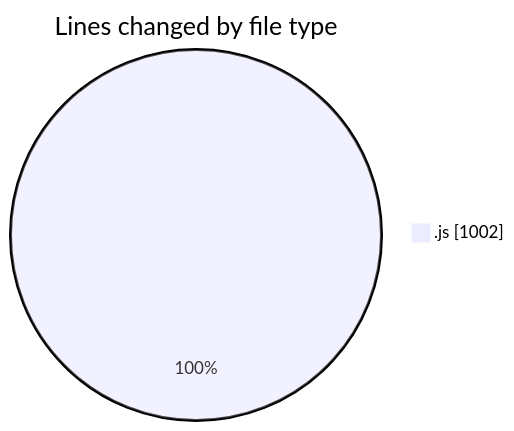
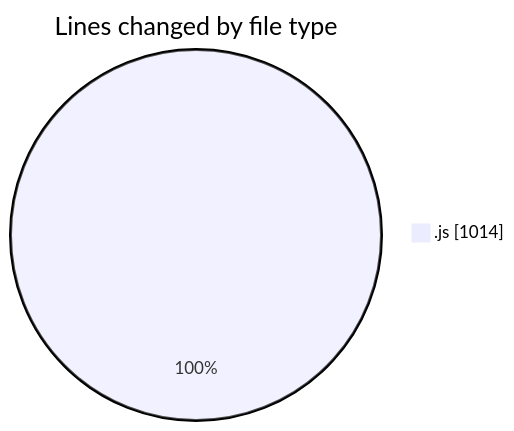
One commit to nxtqubesakshisongat/code-tracking changed the first of 2 diagrams in 2025-11-02/nxtqube_webapp/README.md. Above: the diagram before and after it, drawn with Mermaid. The commit also changed other lines of this file and 1 other file, not shown here.

````diff
--- a/2025-11-02/nxtqube_webapp/README.md
+++ b/2025-11-02/nxtqube_webapp/README.md
@@ -23,5 +23,5 @@
 ```mermaid
 pie showData
 title Lines changed by file type
-".js" : 1002
+".js" : 1014
 ```
````
